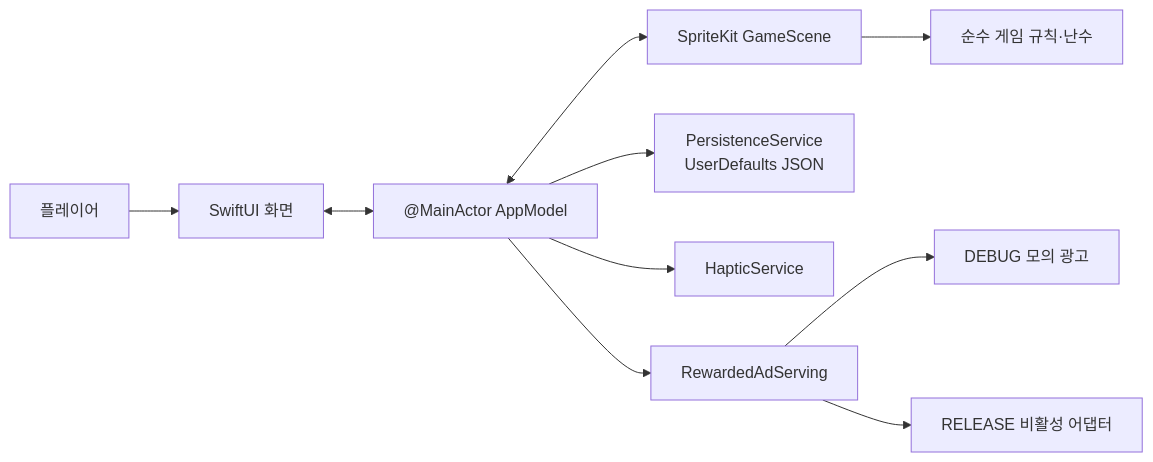
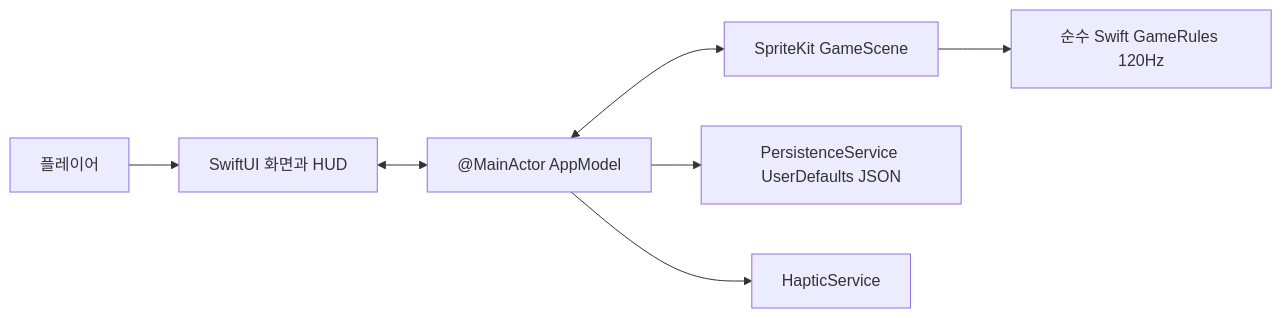
One commit to keestory/kevin_game_01 changed the diagram in docs/05-engineering/architecture.md. Above: the diagram before and after it, drawn with Mermaid. The commit also changed other lines of this file and 53 other files, not shown here.

````diff
--- a/docs/05-engineering/architecture.md
+++ b/docs/05-engineering/architecture.md
@@ -11,12 +10,9 @@
 ```mermaid
 flowchart LR
-    Player["플레이어"] --> UI["SwiftUI 화면"]
-    UI <--> Model["@MainActor AppModel"]
+    Player["플레이어"] --> Shell["SwiftUI 화면과 HUD"]
+    Shell <--> Model["@MainActor AppModel"]
     Model <--> Scene["SpriteKit GameScene"]
-    Scene --> Rules["순수 게임 규칙·난수"]
-    Model --> Store["PersistenceService\nUserDefaults JSON"]
+    Scene --> Rules["순수 Swift GameRules 120Hz"]
+    Model --> Store["PersistenceService UserDefaults JSON"]
     Model --> Haptic["HapticService"]
-    Model --> Ad["RewardedAdServing"]
-    Ad --> Mock["DEBUG 모의 광고"]
-    Ad --> Off["RELEASE 비활성 어댑터"]
 ```
````
